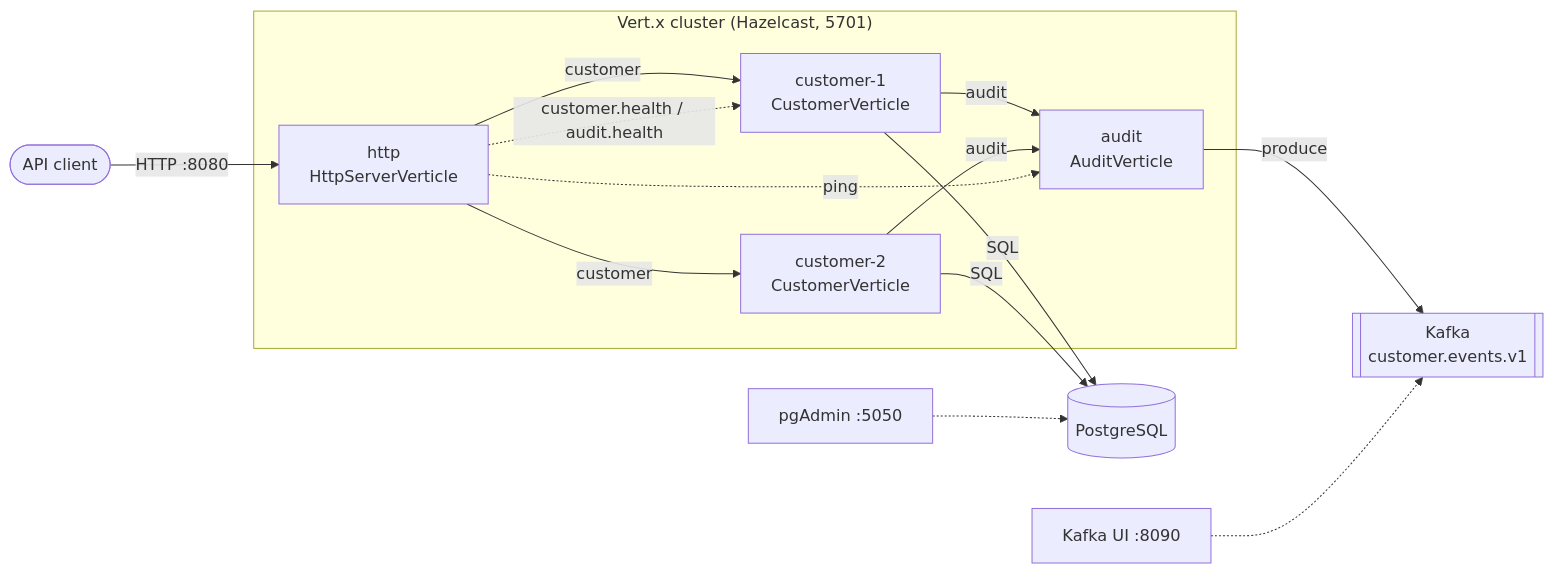
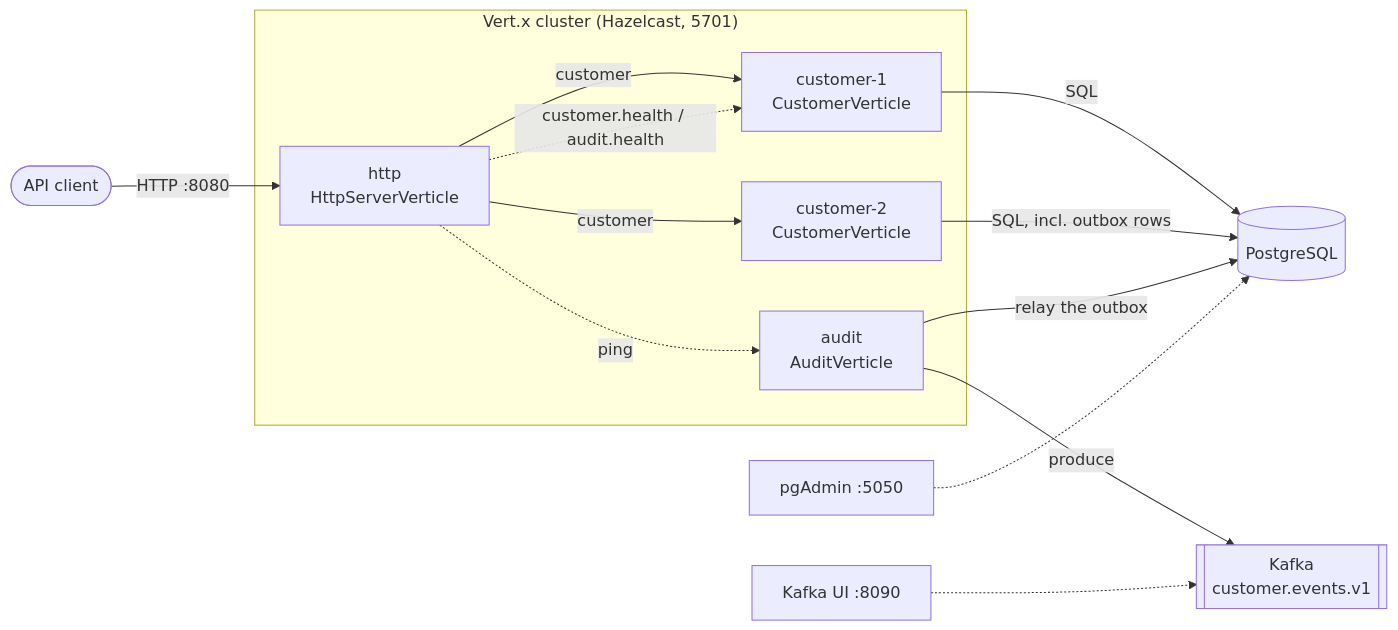
The third of 17 diagrams in docs/ARCHITECTURE.md (bataillec/customer-api-vertx), drawn with Mermaid before and after one commit. The commit also changed other lines of this file and 41 other files, not shown here.

First line of the commit message:
feat(Audit): Write audit events through a transactional outbox (#23)

````diff
--- a/docs/ARCHITECTURE.md
+++ b/docs/ARCHITECTURE.md
@@ -69,23 +69,22 @@
 ```mermaid
 flowchart LR
     client([API client]) -->|HTTP :8080| http
 
     subgraph cluster["Vert.x cluster (Hazelcast, 5701)"]
         http["http<br/>HttpServerVerticle"]
         c1["customer-1<br/>CustomerVerticle"]
         c2["customer-2<br/>CustomerVerticle"]
         aud["audit<br/>AuditVerticle"]
     end
 
     http -- " customer " --> c1
     http -- " customer " --> c2
-    c1 -- " audit " --> aud
-    c2 -- " audit " --> aud
     http -. " customer.health / audit.health " .-> c1
     http -. " ping " .-> aud
     c1 -->|SQL| pg[(PostgreSQL)]
-    c2 -->|SQL| pg
+    c2 -->|SQL, incl. outbox rows| pg
+    aud -->|relay the outbox| pg
     aud -->|produce| kafka[[Kafka<br/>customer.events.v1]]
     pgadmin[pgAdmin :5050] -.-> pg
     kui[Kafka UI :8090] -.-> kafka
 ```
````
